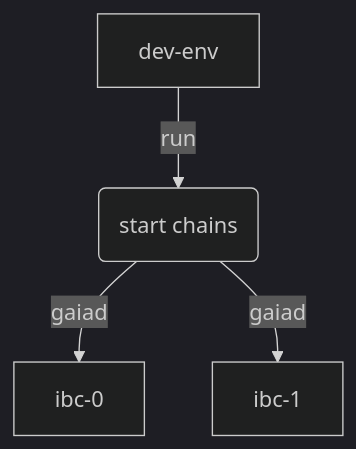
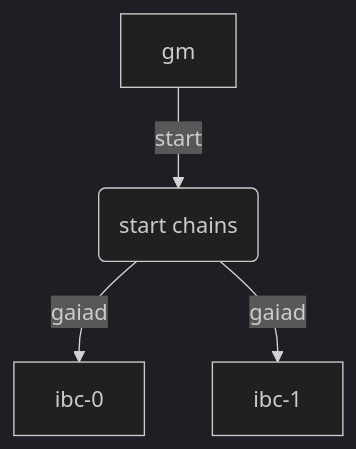
One commit to informalsystems/hermes changed the diagram in guide/src/tutorials/local-chains/start.md. Above: the diagram before and after it, drawn with Mermaid (dark theme). The commit also changed other lines of this file and 10 other files, not shown here.

First line of the commit message:
Replace dev-env with GM in the Hermes guide (#2360)

````diff
--- a/guide/src/tutorials/local-chains/start.md
+++ b/guide/src/tutorials/local-chains/start.md
@@ -111,6 +132,6 @@
 ```mermaid
 graph TD
-    A[dev-env] -->|run| C(start chains)
+    A[gm] -->|start| C(start chains)
     C -->|gaiad| D[ibc-0]
     C -->|gaiad| F[ibc-1]
 ```
````
